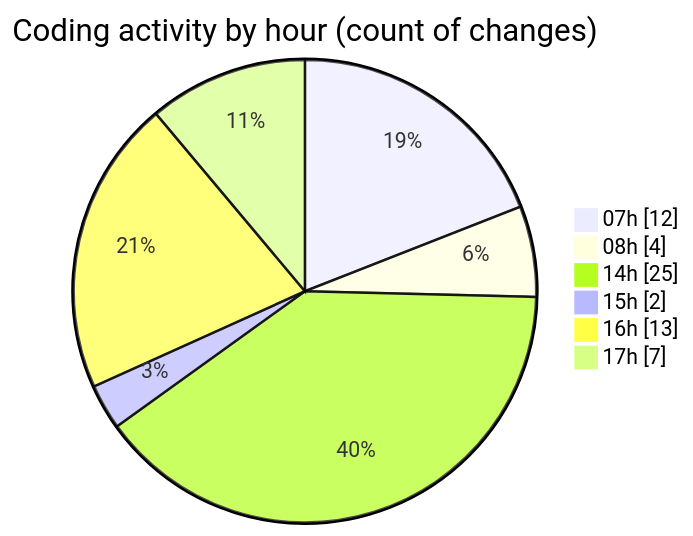
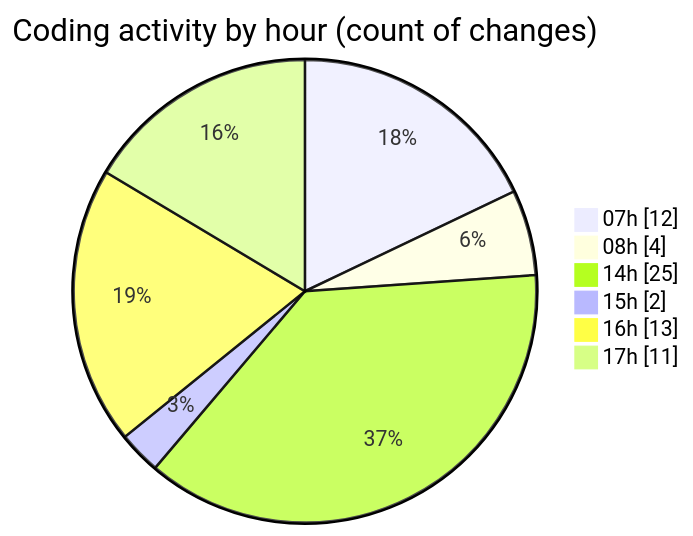
One commit to robertbonfada/code-tracking changed the second of 2 diagrams in 2025-01-09/mbc-web/README.md. Above: the diagram before and after it, drawn with Mermaid. The commit also changed other lines of this file and 1 other file, not shown here.

````diff
--- a/2025-01-09/mbc-web/README.md
+++ b/2025-01-09/mbc-web/README.md
@@ -40,10 +40,10 @@
 ```mermaid
 pie showData
 title Coding activity by hour (count of changes)
 "07h" : 12
 "08h" : 4
 "14h" : 25
 "15h" : 2
 "16h" : 13
-"17h" : 7
+"17h" : 11
 ```
````
